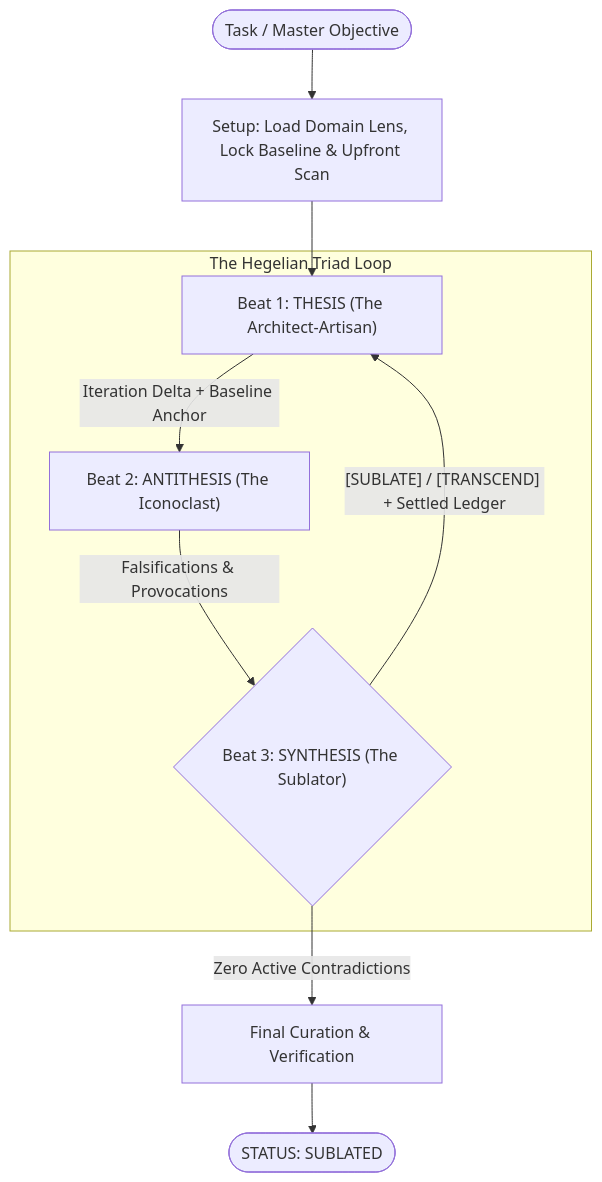
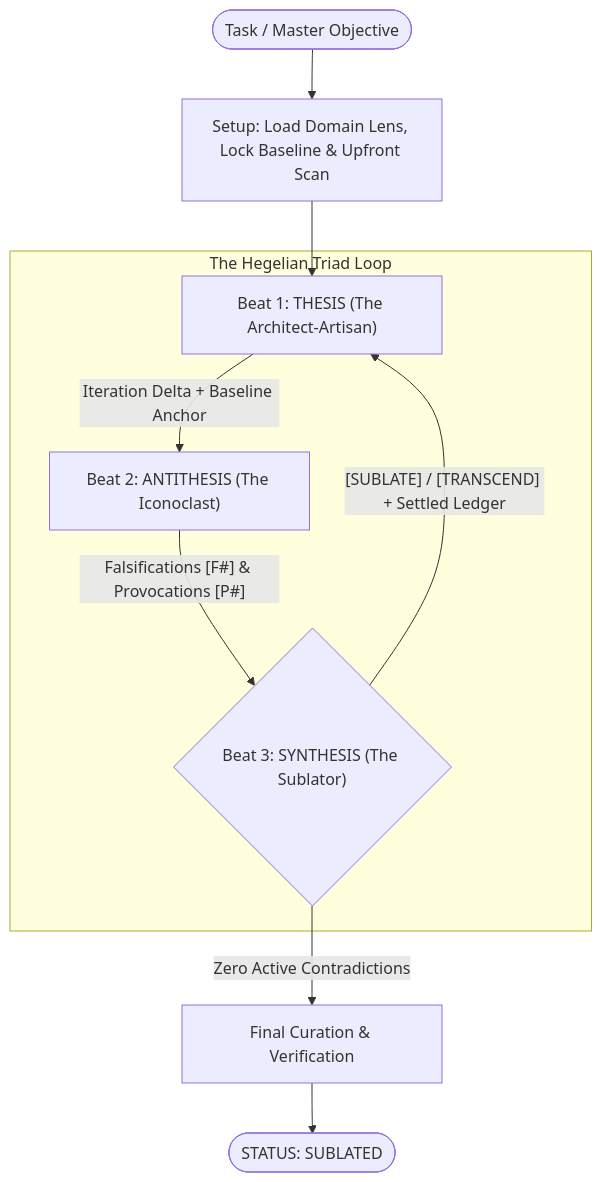
Before and after one commit to jessetane/sublate: the diagram in README.md, drawn with Mermaid. The commit also changed other lines of this file, not shown here.

Commit message:
docs: update readme for empirical antithesis, role-partitioned lenses, and design-rfc

````diff
--- a/README.md
+++ b/README.md
@@ -15,14 +16,14 @@
 ```mermaid
 flowchart TD
     Start(["Task / Master Objective"]) --> Setup["Setup: Load Domain Lens, Lock Baseline & Upfront Scan"]
     Setup --> Thesis["Beat 1: THESIS (The Architect-Artisan)"]
 
     subgraph TriadLoop ["The Hegelian Triad Loop"]
         Thesis -->|"Iteration Delta + Baseline Anchor"| Antithesis["Beat 2: ANTITHESIS (The Iconoclast)"]
-        Antithesis -->|"Falsifications & Provocations"| Synthesis{"Beat 3: SYNTHESIS (The Sublator)"}
+        Antithesis -->|"Falsifications [F#] & Provocations [P#]"| Synthesis{"Beat 3: SYNTHESIS (The Sublator)"}
         Synthesis -->|"[SUBLATE] / [TRANSCEND] + Settled Ledger"| Thesis
     end
 
     Synthesis -->|"Zero Active Contradictions"| Curate["Final Curation & Verification"]
     Curate --> Complete(["STATUS: SUBLATED"])
 ```
````
